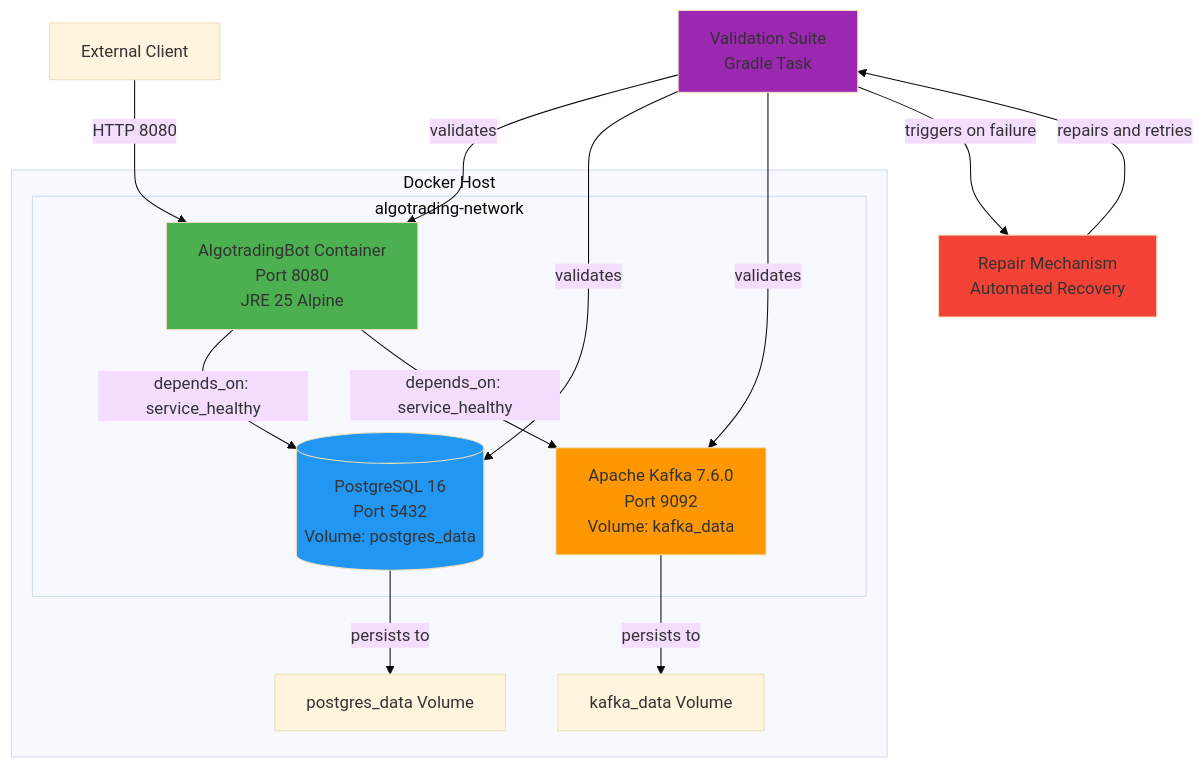
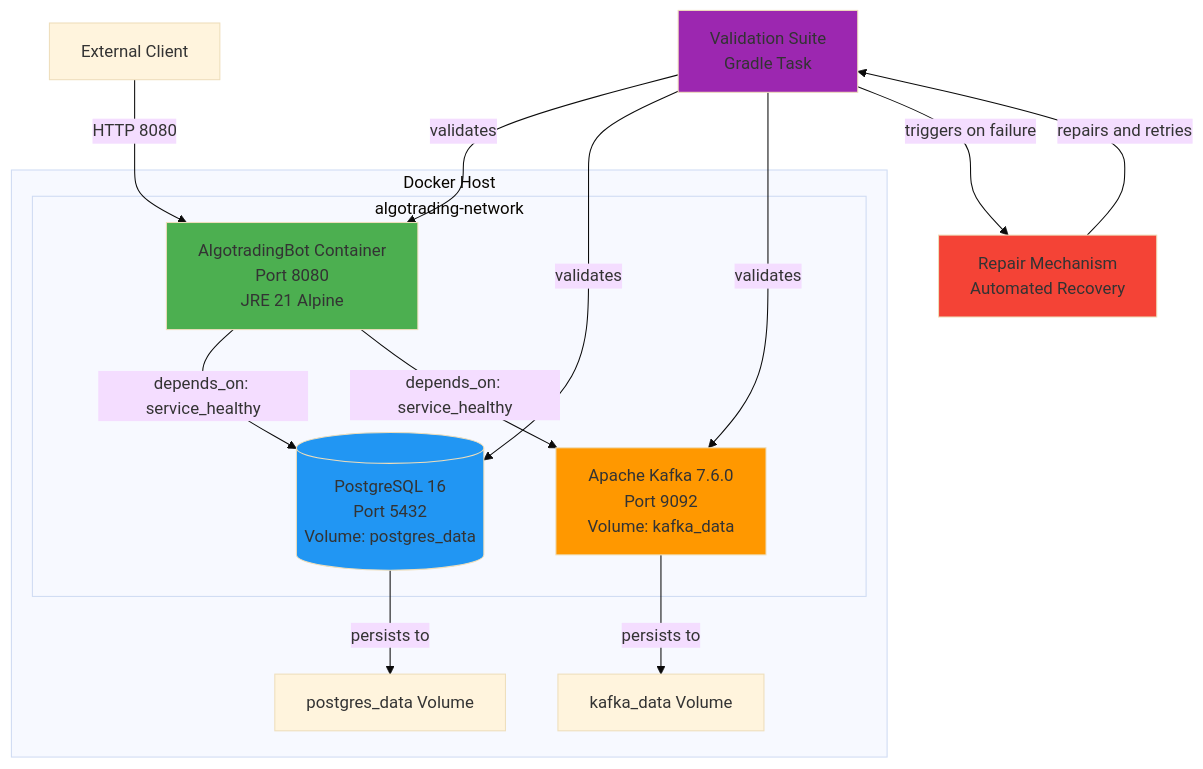
One commit to Element147/AlgotradingBot changed the first of 2 diagrams in .kiro/specs/docker-deployment-production-readiness/design.md. Above: the diagram before and after it, drawn with Mermaid (base theme). The commit also changed other lines of this file and 90 other files, not shown here.

````diff
--- a/.kiro/specs/docker-deployment-production-readiness/design.md
+++ b/.kiro/specs/docker-deployment-production-readiness/design.md
@@ -52,35 +52,35 @@
 ```mermaid
 graph TB
     subgraph "Docker Host"
         subgraph "algotrading-network"
-            APP[AlgotradingBot Container<br/>Port 8080<br/>JRE 25 Alpine]
+            APP[AlgotradingBot Container<br/>Port 8080<br/>JRE 21 Alpine]
             DB[(PostgreSQL 16<br/>Port 5432<br/>Volume: postgres_data)]
             KAFKA[Apache Kafka 7.6.0<br/>Port 9092<br/>Volume: kafka_data]
         end
         
         VOL_DB[postgres_data Volume]
         VOL_KAFKA[kafka_data Volume]
     end
     
     VALIDATION[Validation Suite<br/>Gradle Task]
     REPAIR[Repair Mechanism<br/>Automated Recovery]
     
     APP -->|depends_on: service_healthy| DB
     APP -->|depends_on: service_healthy| KAFKA
     DB -->|persists to| VOL_DB
     KAFKA -->|persists to| VOL_KAFKA
     
     VALIDATION -->|validates| APP
     VALIDATION -->|validates| DB
     VALIDATION -->|validates| KAFKA
     VALIDATION -->|triggers on failure| REPAIR
     REPAIR -->|repairs and retries| VALIDATION
     
     CLIENT[External Client] -->|HTTP 8080| APP
     
     style APP fill:#4CAF50
     style DB fill:#2196F3
     style KAFKA fill:#FF9800
     style VALIDATION fill:#9C27B0
     style REPAIR fill:#F44336
 ```
````
